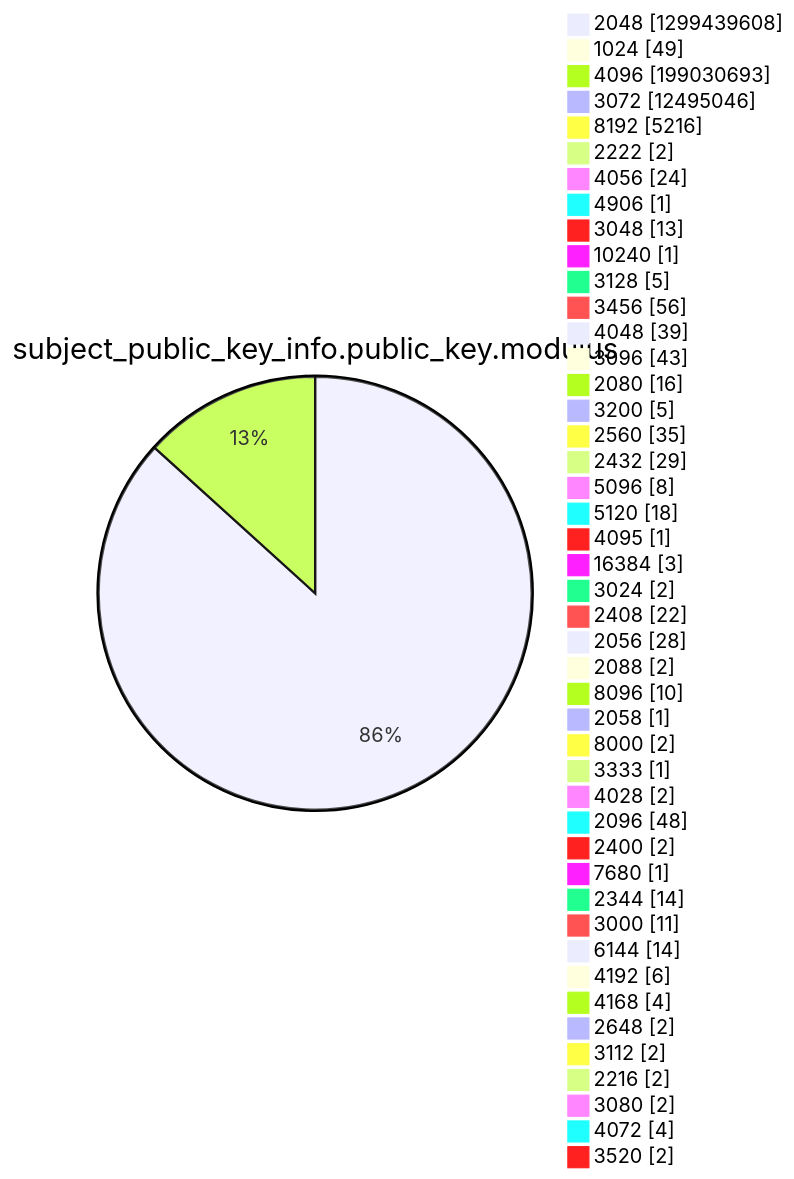
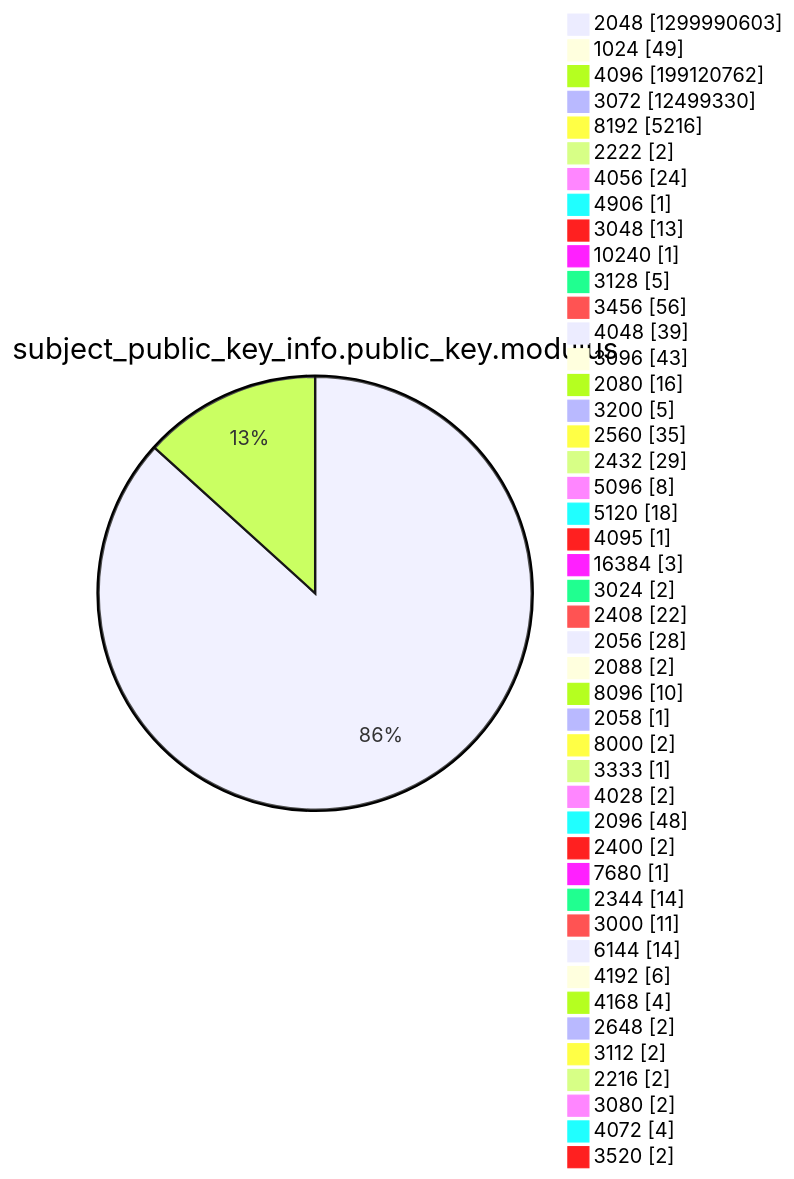
Diagram 13 of 15 in xenon2022/README.md (christiankrug/ctmonitor_visualization), drawn with Mermaid before and after one commit. The commit also changed other lines of this file, not shown here.

````diff
--- a/xenon2022/README.md
+++ b/xenon2022/README.md
@@ -3922,49 +3923,49 @@
 ```mermaid
 pie showData
 title subject_public_key_info.public_key.modulus
-"2048" :1299439608
+"2048" :1299990603
 "1024" :49
-"4096" :199030693
-"3072" :12495046
+"4096" :199120762
+"3072" :12499330
 "8192" :5216
 "2222" :2
 "4056" :24
 "4906" :1
 "3048" :13
 "10240" :1
 "3128" :5
 "3456" :56
 "4048" :39
 "3096" :43
 "2080" :16
 "3200" :5
 "2560" :35
 "2432" :29
 "5096" :8
 "5120" :18
 "4095" :1
 "16384" :3
 "3024" :2
 "2408" :22
 "2056" :28
 "2088" :2
 "8096" :10
 "2058" :1
 "8000" :2
 "3333" :1
 "4028" :2
 "2096" :48
 "2400" :2
 "7680" :1
 "2344" :14
 "3000" :11
 "6144" :14
 "4192" :6
 "4168" :4
 "2648" :2
 "3112" :2
 "2216" :2
 "3080" :2
 "4072" :4
 "3520" :2
 ```
````
